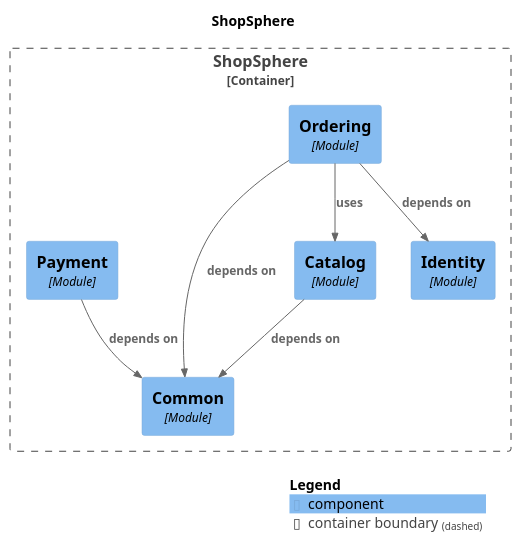
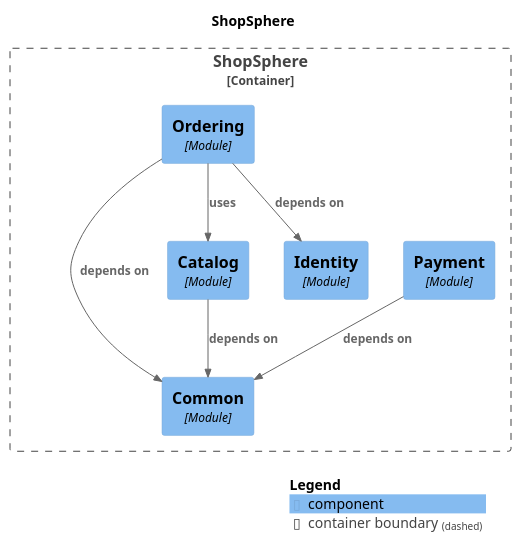
Before and after one commit to Poojithvsc/shopsphere: the diagram in docs/modulith/components.puml, drawn with PlantUML. The commit also changed other lines of this file and 16 other files, not shown here.

```diff
--- a/docs/modulith/components.puml
+++ b/docs/modulith/components.puml
@@ -1,26 +1,26 @@
 @startuml
 set separator none
 title ShopSphere
 
 top to bottom direction
 
 !include <C4/C4>
 !include <C4/C4_Context>
 !include <C4/C4_Component>
 
 Container_Boundary("ShopSphere.ShopSphere_boundary", "ShopSphere", $tags="") {
   Component(ShopSphere.ShopSphere.Common, "Common", $techn="Module", $descr="", $tags="", $link="")
-  Component(ShopSphere.ShopSphere.Ordering, "Ordering", $techn="Module", $descr="", $tags="", $link="")
   Component(ShopSphere.ShopSphere.Catalog, "Catalog", $techn="Module", $descr="", $tags="", $link="")
   Component(ShopSphere.ShopSphere.Identity, "Identity", $techn="Module", $descr="", $tags="", $link="")
   Component(ShopSphere.ShopSphere.Payment, "Payment", $techn="Module", $descr="", $tags="", $link="")
+  Component(ShopSphere.ShopSphere.Ordering, "Ordering", $techn="Module", $descr="", $tags="", $link="")
 }
 
+Rel(ShopSphere.ShopSphere.Ordering, ShopSphere.ShopSphere.Identity, "depends on", $techn="", $tags="", $link="")
+Rel(ShopSphere.ShopSphere.Ordering, ShopSphere.ShopSphere.Common, "depends on", $techn="", $tags="", $link="")
 Rel(ShopSphere.ShopSphere.Ordering, ShopSphere.ShopSphere.Catalog, "uses", $techn="", $tags="", $link="")
 Rel(ShopSphere.ShopSphere.Payment, ShopSphere.ShopSphere.Common, "depends on", $techn="", $tags="", $link="")
 Rel(ShopSphere.ShopSphere.Catalog, ShopSphere.ShopSphere.Common, "depends on", $techn="", $tags="", $link="")
-Rel(ShopSphere.ShopSphere.Ordering, ShopSphere.ShopSphere.Identity, "depends on", $techn="", $tags="", $link="")
-Rel(ShopSphere.ShopSphere.Ordering, ShopSphere.ShopSphere.Common, "depends on", $techn="", $tags="", $link="")
 
 SHOW_LEGEND(true)
 @enduml
```
